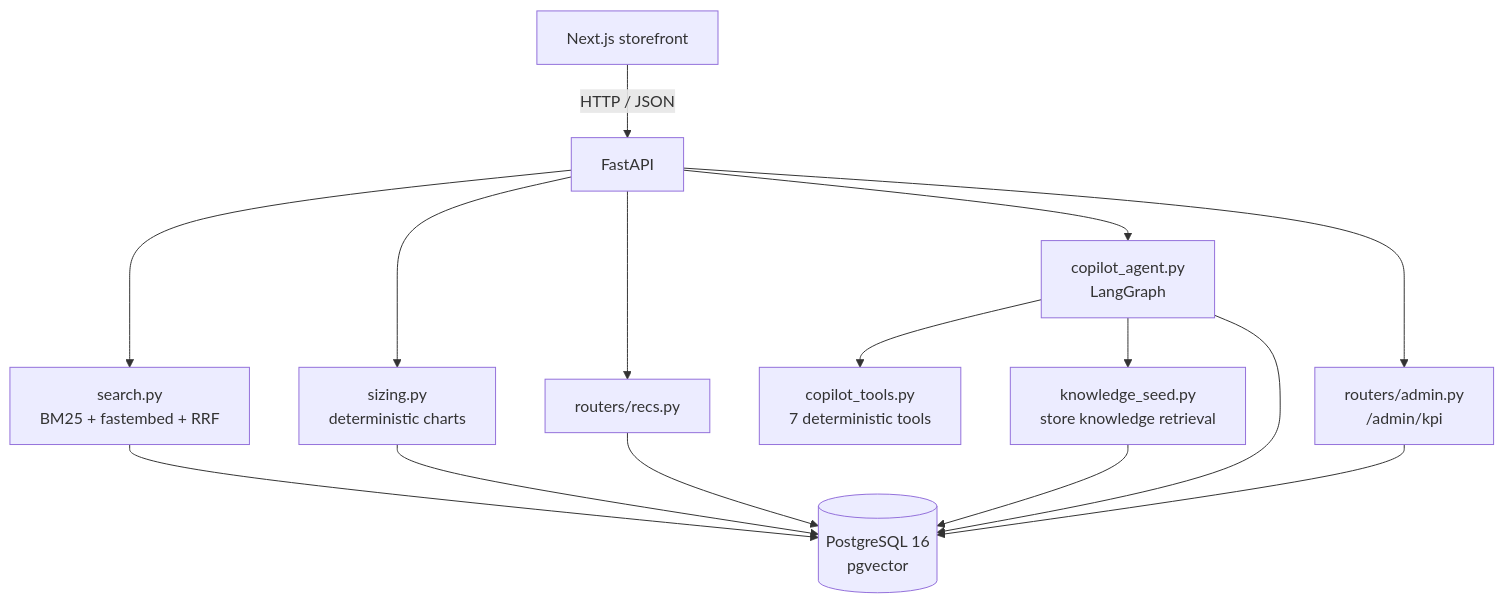
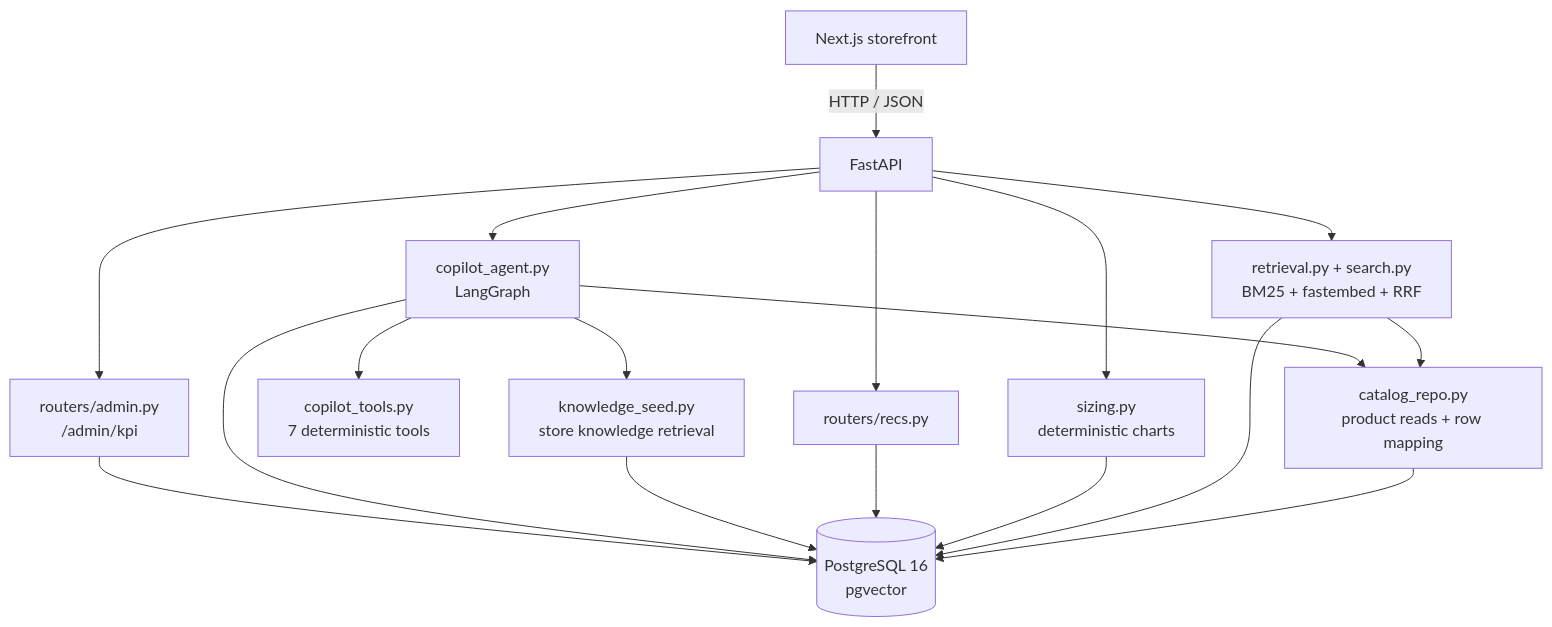
The first of 4 diagrams in api/README.md (marknshoot/toko-marcell), drawn with Mermaid before and after one commit. The commit also changed other lines of this file and 39 other files, not shown here.

````diff
--- a/api/README.md
+++ b/api/README.md
@@ -36,17 +36,20 @@
 ```mermaid
 flowchart TB
     FE[Next.js storefront] -->|HTTP / JSON| API[FastAPI]
-    API --> SEARCH[search.py<br/>BM25 + fastembed + RRF]
+    API --> SEARCH[retrieval.py + search.py<br/>BM25 + fastembed + RRF]
     API --> SIZING[sizing.py<br/>deterministic charts]
     API --> RECS[routers/recs.py]
     API --> AGENT[copilot_agent.py<br/>LangGraph]
     AGENT --> TOOLS[copilot_tools.py<br/>7 deterministic tools]
     AGENT --> RAG[knowledge_seed.py<br/>store knowledge retrieval]
+    SEARCH --> REPO[catalog_repo.py<br/>product reads + row mapping]
+    AGENT --> REPO
+    REPO --> PG
     SEARCH --> PG[(PostgreSQL 16<br/>pgvector)]
     SIZING --> PG
     RECS --> PG
     RAG --> PG
     AGENT --> PG
     API --> KPI[routers/admin.py<br/>/admin/kpi]
     KPI --> PG
 ```
````
